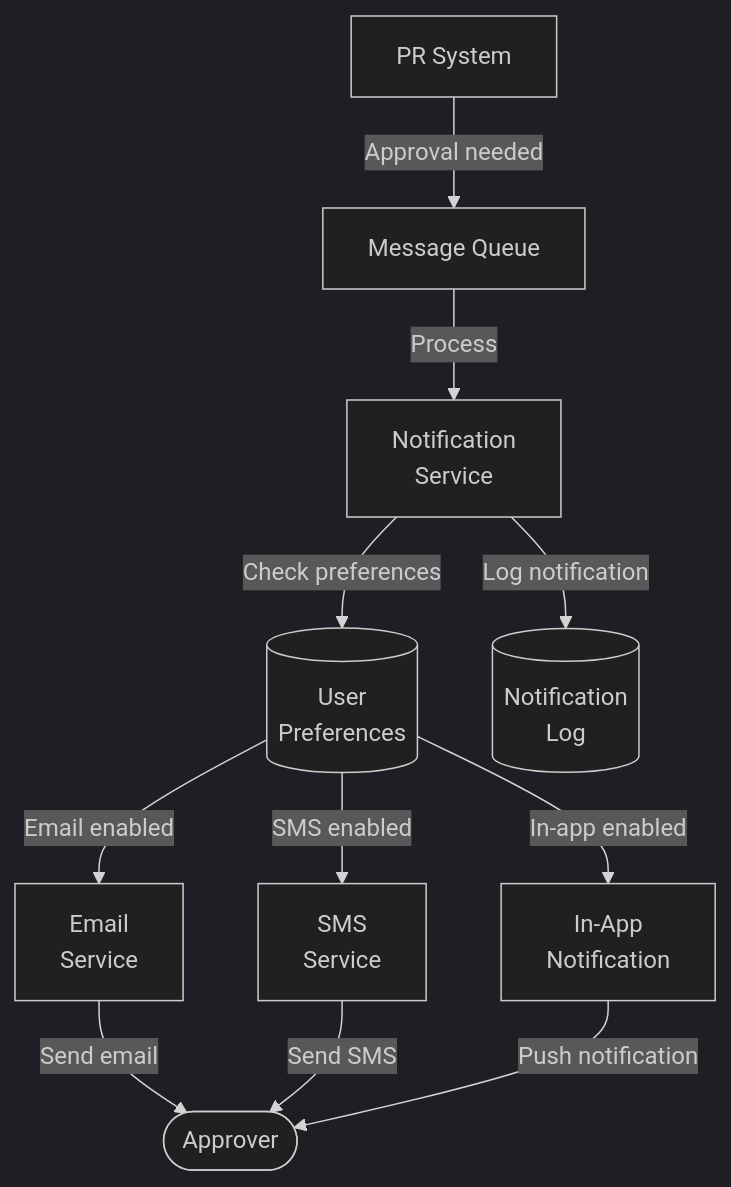
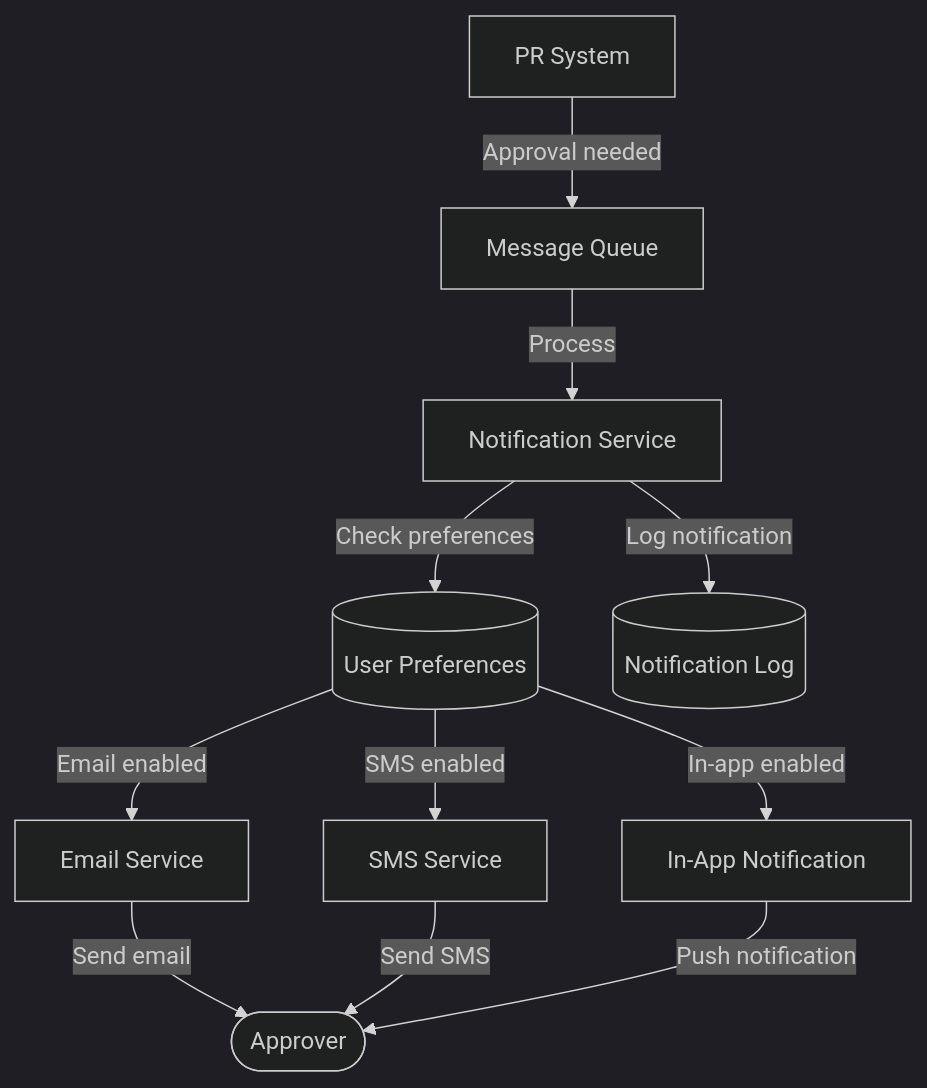
One commit to CarmenSoftware-organization/carmen changed diagram 20 of 30 in docs/app/procurement/purchase-requests/FD-purchase-requests.md. Above: the diagram before and after it, drawn with Mermaid (dark theme). The commit also changed other lines of this file and 1788 other files, not shown here.

````diff
--- a/docs/app/procurement/purchase-requests/FD-purchase-requests.md
+++ b/docs/app/procurement/purchase-requests/FD-purchase-requests.md
@@ -816,16 +865,16 @@
 ```mermaid
 flowchart TD
     PR[PR System] -->|Approval needed| Queue[Message Queue]
-    Queue -->|Process| Notify[Notification<br/>Service]
+    Queue -->|Process| Notify[Notification Service]
 
-    Notify -->|Check preferences| UserPref[(User<br/>Preferences)]
-    UserPref -->|Email enabled| Email[Email<br/>Service]
-    UserPref -->|SMS enabled| SMS[SMS<br/>Service]
-    UserPref -->|In-app enabled| InApp[In-App<br/>Notification]
+    Notify -->|Check preferences| UserPref[(User Preferences)]
+    UserPref -->|Email enabled| Email[Email Service]
+    UserPref -->|SMS enabled| SMS[SMS Service]
+    UserPref -->|In-app enabled| InApp[In-App Notification]
 
     Email -->|Send email| Approver([Approver])
     SMS -->|Send SMS| Approver
     InApp -->|Push notification| Approver
 
-    Notify -->|Log notification| Log[(Notification<br/>Log)]
+    Notify -->|Log notification| Log[(Notification Log)]
 ```
````
